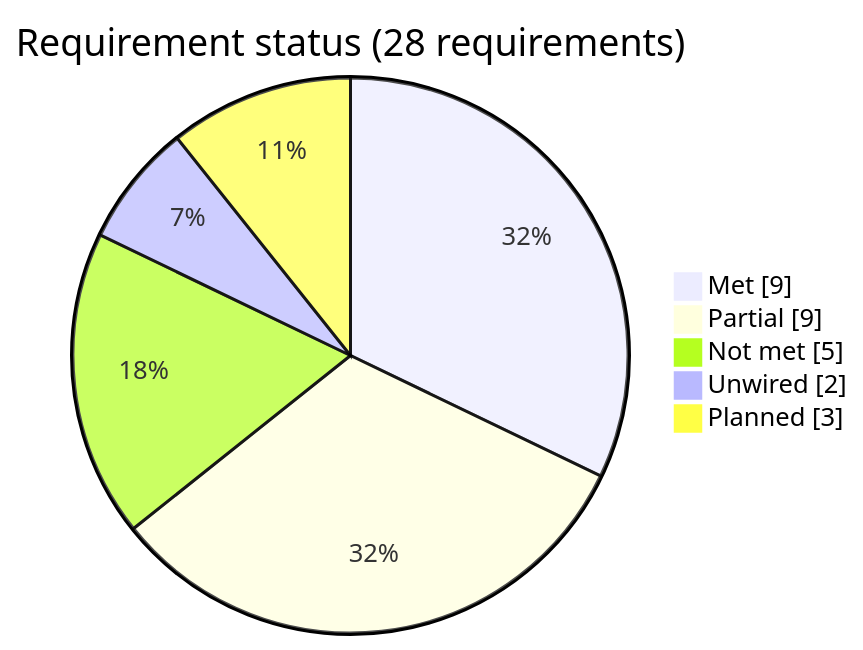
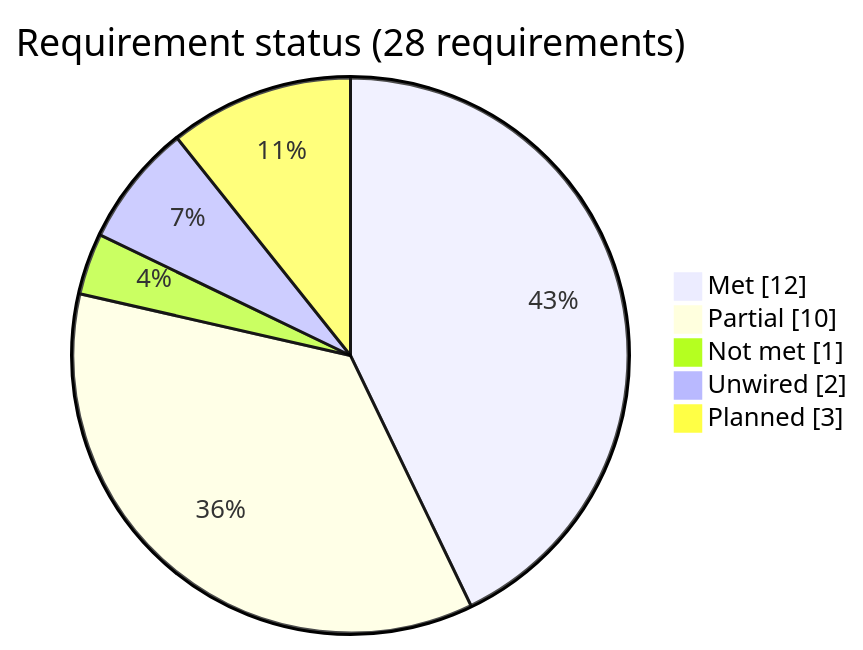
The second of 3 diagrams in docs/REVIEW.md (winfrees/drive-fusion), drawn with Mermaid before and after one commit. The commit also changed other lines of this file and 21 other files, not shown here.

````diff
--- a/docs/REVIEW.md
+++ b/docs/REVIEW.md
@@ -163,9 +164,9 @@
 ```mermaid
 pie showData
     title Requirement status (28 requirements)
-    "Met" : 9
-    "Partial" : 9
-    "Not met" : 5
+    "Met" : 12
+    "Partial" : 10
+    "Not met" : 1
     "Unwired" : 2
     "Planned" : 3
 ```
````
